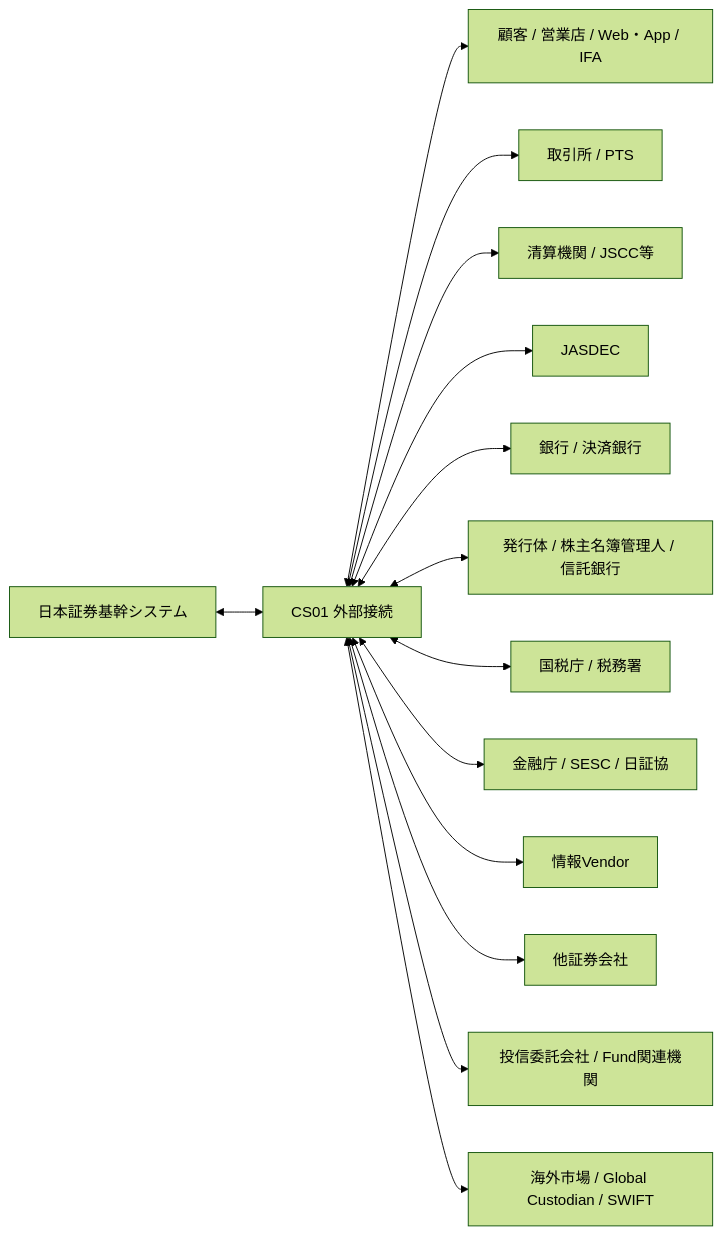
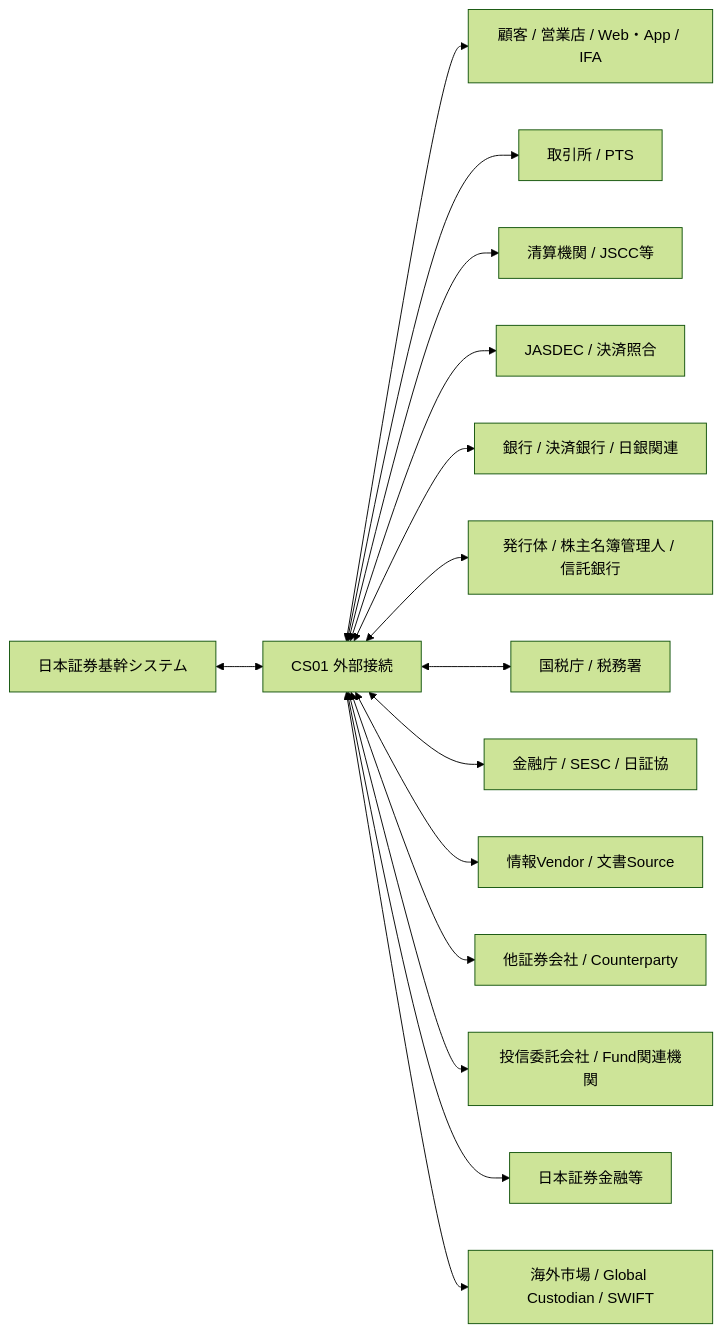
Before and after one commit to skyTreeCN/jp-securitie-skills: the diagram in docs/01-architecture/EXTERNAL_RELATION_MAP.md, drawn with Mermaid (forest theme). The commit also changed other lines of this file, not shown here.

````diff
--- a/docs/01-architecture/EXTERNAL_RELATION_MAP.md
+++ b/docs/01-architecture/EXTERNAL_RELATION_MAP.md
@@ -12,32 +12,34 @@
 ```mermaid
 flowchart LR
   CORE[日本証券基幹システム]
   HUB[CS01 外部接続]
 
   CUST[顧客 / 営業店 / Web・App / IFA]
   MKT[取引所 / PTS]
   CCP[清算機関 / JSCC等]
-  CSD[JASDEC]
-  BANK[銀行 / 決済銀行]
+  CSD[JASDEC / 決済照合]
+  BANK[銀行 / 決済銀行 / 日銀関連]
   ISS[発行体 / 株主名簿管理人 / 信託銀行]
   TAX[国税庁 / 税務署]
   REG[金融庁 / SESC / 日証協]
-  INFO[情報Vendor]
-  OTHER[他証券会社]
+  INFO[情報Vendor / 文書Source]
+  OTHER[他証券会社 / Counterparty]
   FUND[投信委託会社 / Fund関連機関]
+  JSF[日本証券金融等]
   GC[海外市場 / Global Custodian / SWIFT]
 
   CORE <--> HUB
   HUB <--> CUST
   HUB <--> MKT
   HUB <--> CCP
   HUB <--> CSD
   HUB <--> BANK
   HUB <--> ISS
   HUB <--> TAX
   HUB <--> REG
   HUB <--> INFO
   HUB <--> OTHER
   HUB <--> FUND
+  HUB <--> JSF
   HUB <--> GC
 ```
````
